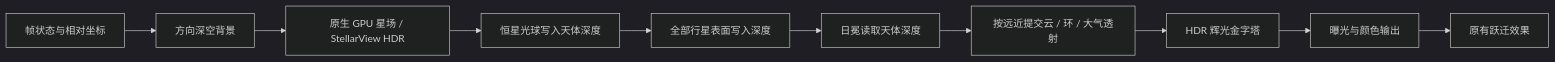
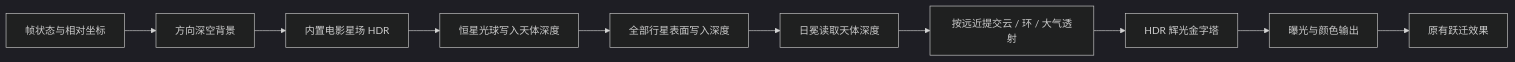
The diagram in docs/space-render-pipeline.md (XiaoMa3413/StarboundMC-NeoForge1.21.1), drawn with Mermaid (dark theme) before and after one commit. The commit also changed other lines of this file and 41 other files, not shown here.

Commit message:
feat(space): integrate StellarView HDR starfield core

````diff
--- a/docs/space-render-pipeline.md
+++ b/docs/space-render-pipeline.md
@@ -9,12 +9,12 @@
 ```mermaid
 flowchart LR
     A[帧状态与相对坐标] --> B[方向深空背景]
-    B --> C[原生 GPU 星场 / StellarView HDR]
+    B --> C[内置电影星场 HDR]
     C --> D[恒星光球写入天体深度]
     D --> E[全部行星表面写入深度]
     E --> F[日冕读取天体深度]
     F --> T[按远近提交云 / 环 / 大气透射]
     T --> L[HDR 辉光金字塔]
     L --> G[曝光与颜色输出]
     G --> H[原有跃迁效果]
 ```
````
